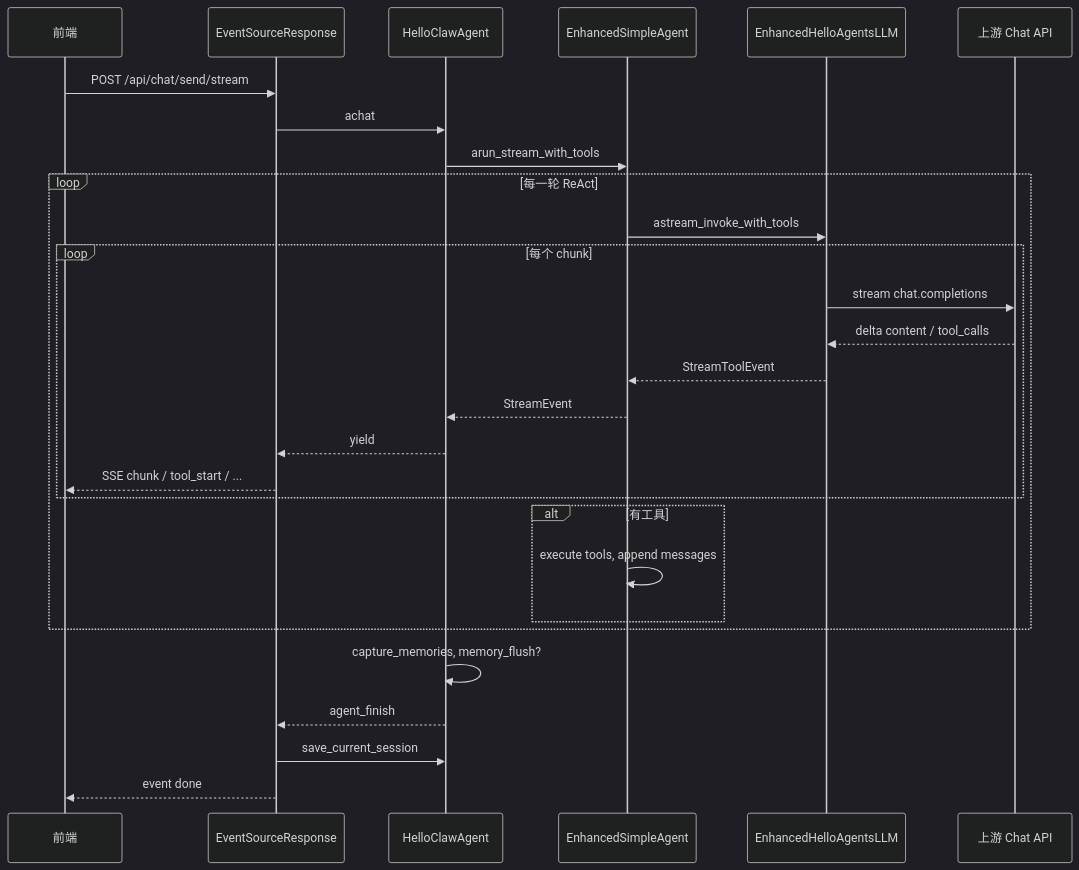
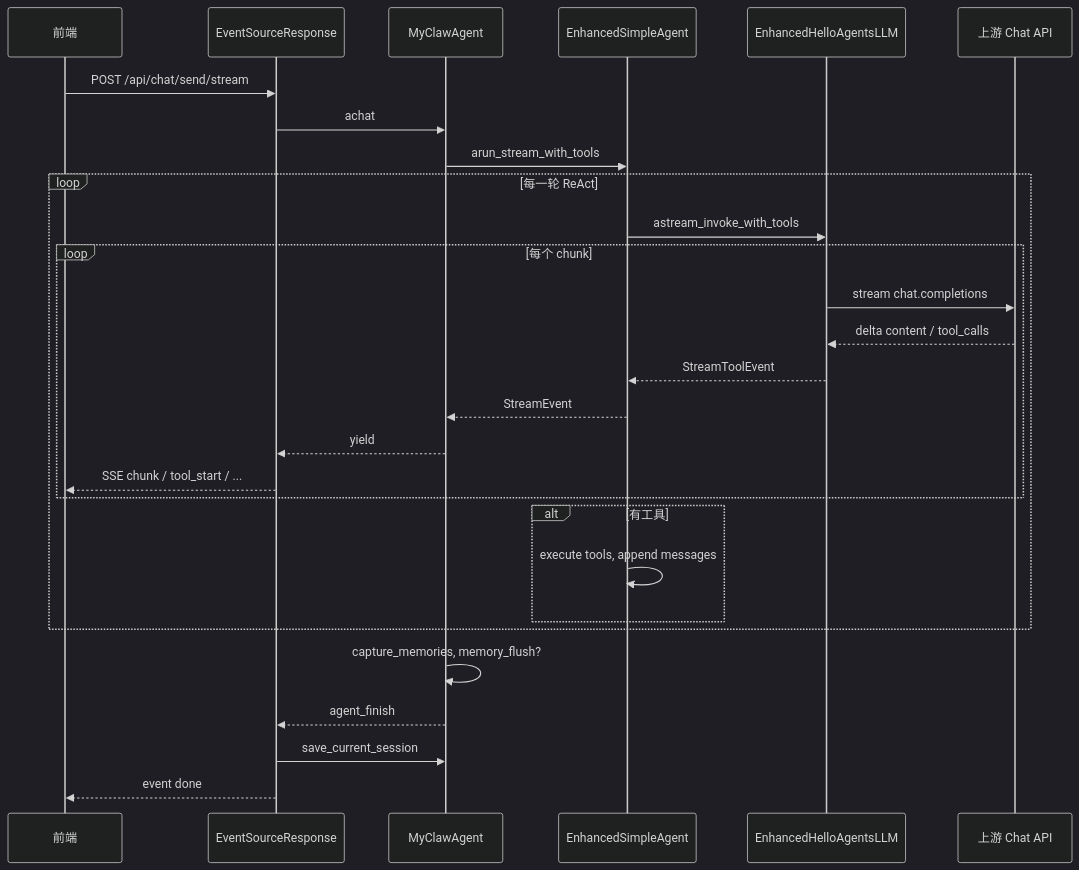
The eighth of 8 diagrams in docs/HelloClaw-Backend-请求执行流程.md (promisestar/MyClaw), drawn with Mermaid (dark theme) before and after one commit. The commit also changed other lines of this file and 19 other files, not shown here.

````diff
--- a/docs/HelloClaw-Backend-请求执行流程.md
+++ b/docs/HelloClaw-Backend-请求执行流程.md
@@ -224,31 +224,31 @@
 ```mermaid
 sequenceDiagram
     participant FE as 前端
     participant SSE as EventSourceResponse
-    participant HC as HelloClawAgent
+    participant HC as MyClawAgent
     participant ESA as EnhancedSimpleAgent
     participant LLM as EnhancedHelloAgentsLLM
     participant API_LLM as 上游 Chat API
 
     FE->>SSE: POST /api/chat/send/stream
     SSE->>HC: achat
     HC->>ESA: arun_stream_with_tools
     loop 每一轮 ReAct
         ESA->>LLM: astream_invoke_with_tools
         loop 每个 chunk
             LLM->>API_LLM: stream chat.completions
             API_LLM-->>LLM: delta content / tool_calls
             LLM-->>ESA: StreamToolEvent
             ESA-->>HC: StreamEvent
             HC-->>SSE: yield
             SSE-->>FE: SSE chunk / tool_start / ...
         end
         alt 有工具
             ESA->>ESA: execute tools, append messages
         end
     end
     HC->>HC: capture_memories, memory_flush?
     HC-->>SSE: agent_finish
     SSE->>HC: save_current_session
     SSE-->>FE: event done
 ```
````
